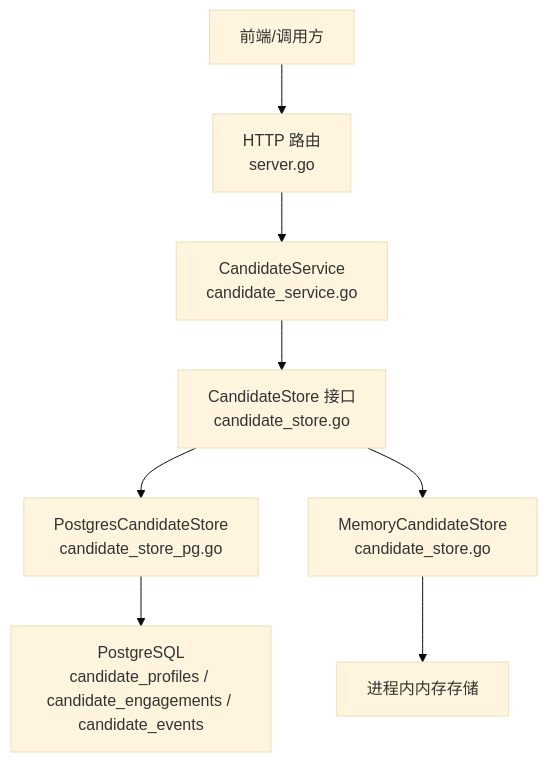
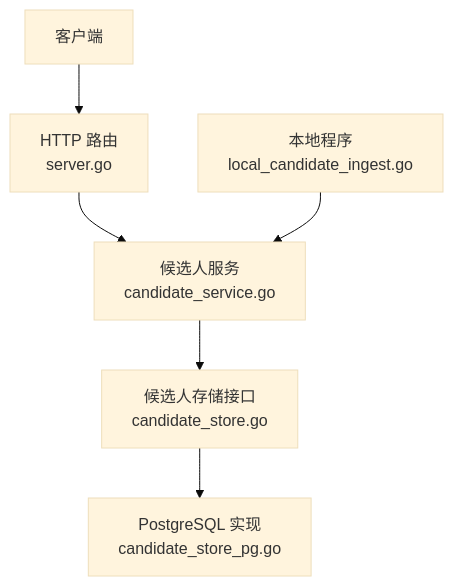
Before and after one commit to alvinwangzi/goodhr: the first of 5 diagrams in .qoder/repowiki/zh/content/API接口文档/云端REST API/候选人管理API.md, drawn with Mermaid (base theme). The commit also changed other lines of this file and 149 other files, not shown here.

````diff
--- a/.qoder/repowiki/zh/content/API接口文档/云端REST API/候选人管理API.md
+++ b/.qoder/repowiki/zh/content/API接口文档/云端REST API/候选人管理API.md
@@ -38,10 +38,8 @@
 ```mermaid
 graph TB
-Client["前端/调用方"] --> Router["HTTP 路由<br/>server.go"]
-Router --> Service["CandidateService<br/>candidate_service.go"]
-Service --> StoreIF["CandidateStore 接口<br/>candidate_store.go"]
-StoreIF --> PG["PostgresCandidateStore<br/>candidate_store_pg.go"]
-StoreIF --> Mem["MemoryCandidateStore<br/>candidate_store.go"]
-PG --> DB["PostgreSQL<br/>candidate_profiles / candidate_engagements / candidate_events"]
-Mem --> RAM["进程内内存存储"]
+Client["客户端"] --> Router["HTTP 路由<br/>server.go"]
+Router --> CandidateService["候选人服务<br/>candidate_service.go"]
+CandidateService --> StoreInterface["候选人存储接口<br/>candidate_store.go"]
+StoreInterface --> PGStore["PostgreSQL 实现<br/>candidate_store_pg.go"]
+LocalAgent["本地程序<br/>local_candidate_ingest.go"] --> CandidateService
 ```
````
